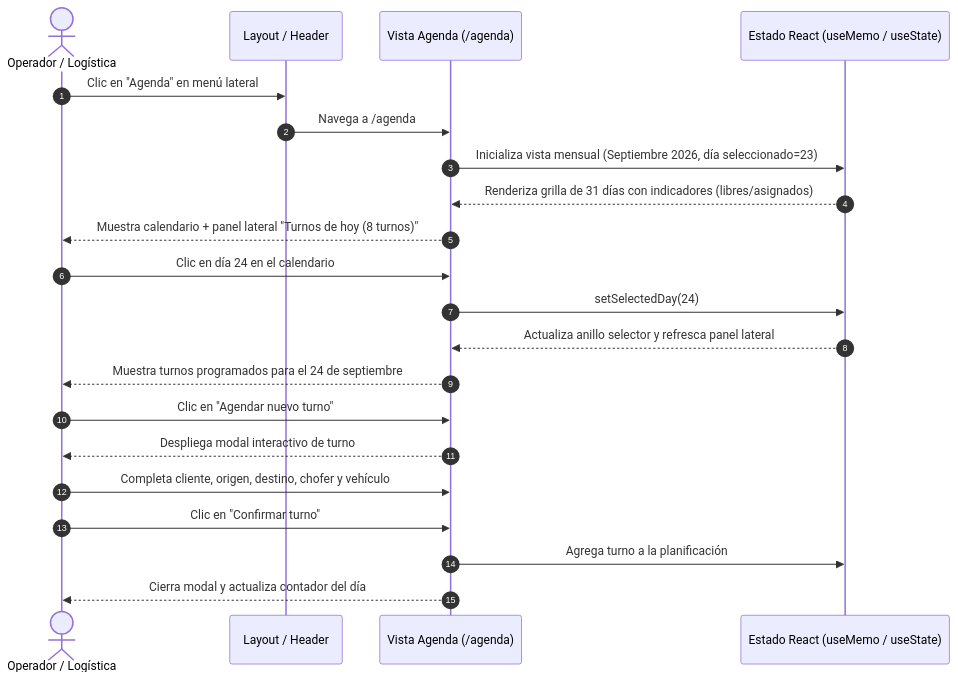
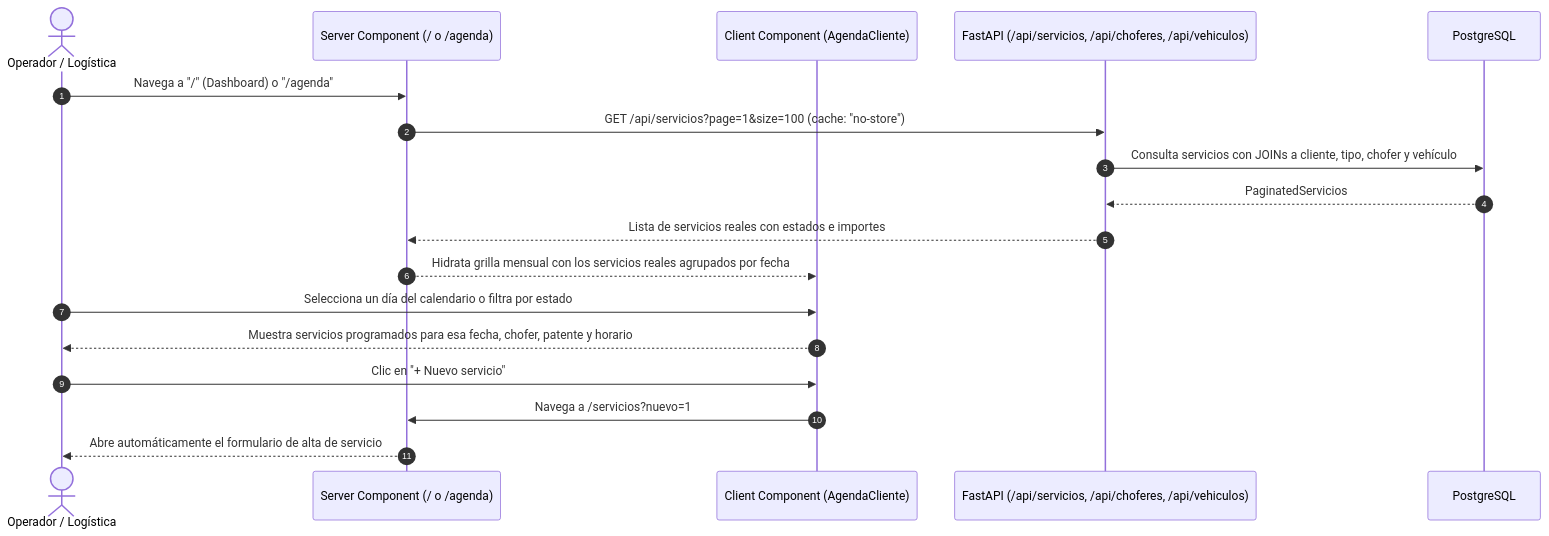
Before and after one commit to LERIDA125/Fletes_y_Mudanzas_PPP_Trabajo_Practico: the fourth of 5 diagrams in specs/008-frontend-gestion-servicios/ssd.md, drawn with Mermaid. The commit also changed other lines of this file and 3 other files, not shown here.

Commit message:
docs: actualizar AGENTS.md, ssd.md, tasks.md y quickstart.md con integracion completa

````diff
--- a/specs/008-frontend-gestion-servicios/ssd.md
+++ b/specs/008-frontend-gestion-servicios/ssd.md
@@ -74,26 +212,23 @@
 ```mermaid
 sequenceDiagram
     autonumber
     actor Operador as Operador / Logística
-    participant Shell as Layout / Header
-    participant Agenda as Vista Agenda (/agenda)
-    participant State as Estado React (useMemo / useState)
+    participant Page as Server Component (/ o /agenda)
+    participant AgendaUI as Client Component (AgendaCliente)
+    participant API as FastAPI (/api/servicios, /api/choferes, /api/vehiculos)
+    participant DB as PostgreSQL
 
-    Operador->>Shell: Clic en "Agenda" en menú lateral
-    Shell->>Agenda: Navega a /agenda
-    Agenda->>State: Inicializa vista mensual (Septiembre 2026, día seleccionado=23)
-    State-->>Agenda: Renderiza grilla de 31 días con indicadores (libres/asignados)
-    Agenda-->>Operador: Muestra calendario + panel lateral "Turnos de hoy (8 turnos)"
-    
-    Operador->>Agenda: Clic en día 24 en el calendario
-    Agenda->>State: setSelectedDay(24)
-    State-->>Agenda: Actualiza anillo selector y refresca panel lateral
-    Agenda-->>Operador: Muestra turnos programados para el 24 de septiembre
-    
-    Operador->>Agenda: Clic en "Agendar nuevo turno"
-    Agenda-->>Operador: Despliega modal interactivo de turno
-    Operador->>Agenda: Completa cliente, origen, destino, chofer y vehículo
-    Operador->>Agenda: Clic en "Confirmar turno"
-    Agenda->>State: Agrega turno a la planificación
-    Agenda-->>Operador: Cierra modal y actualiza contador del día
+    Operador->>Page: Navega a "/" (Dashboard) o "/agenda"
+    Page->>API: GET /api/servicios?page=1&size=100 (cache: "no-store")
+    API->>DB: Consulta servicios con JOINs a cliente, tipo, chofer y vehículo
+    DB-->>API: PaginatedServicios
+    API-->>Page: Lista de servicios reales con estados e importes
+    Page-->>AgendaUI: Hidrata grilla mensual con los servicios reales agrupados por fecha
+
+    Operador->>AgendaUI: Selecciona un día del calendario o filtra por estado
+    AgendaUI-->>Operador: Muestra servicios programados para esa fecha, chofer, patente y horario
+
+    Operador->>AgendaUI: Clic en "+ Nuevo servicio"
+    AgendaUI->>Page: Navega a /servicios?nuevo=1
+    Page-->>Operador: Abre automáticamente el formulario de alta de servicio
 ```
````
